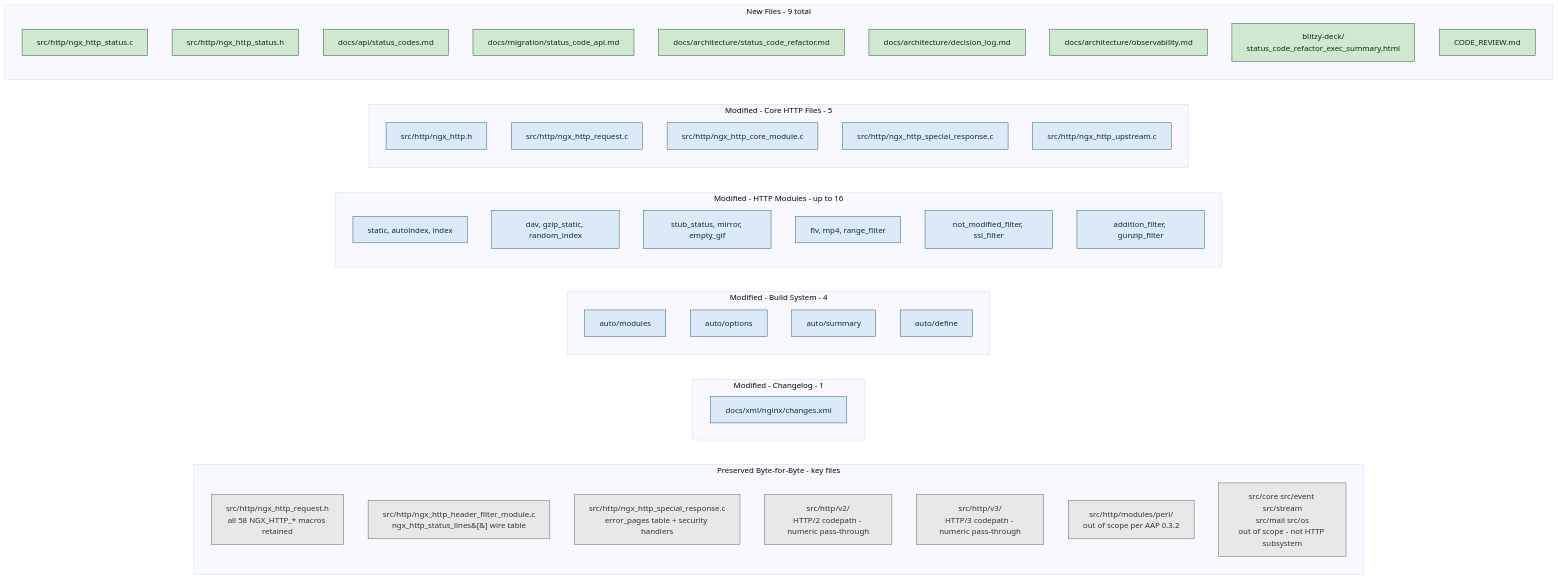
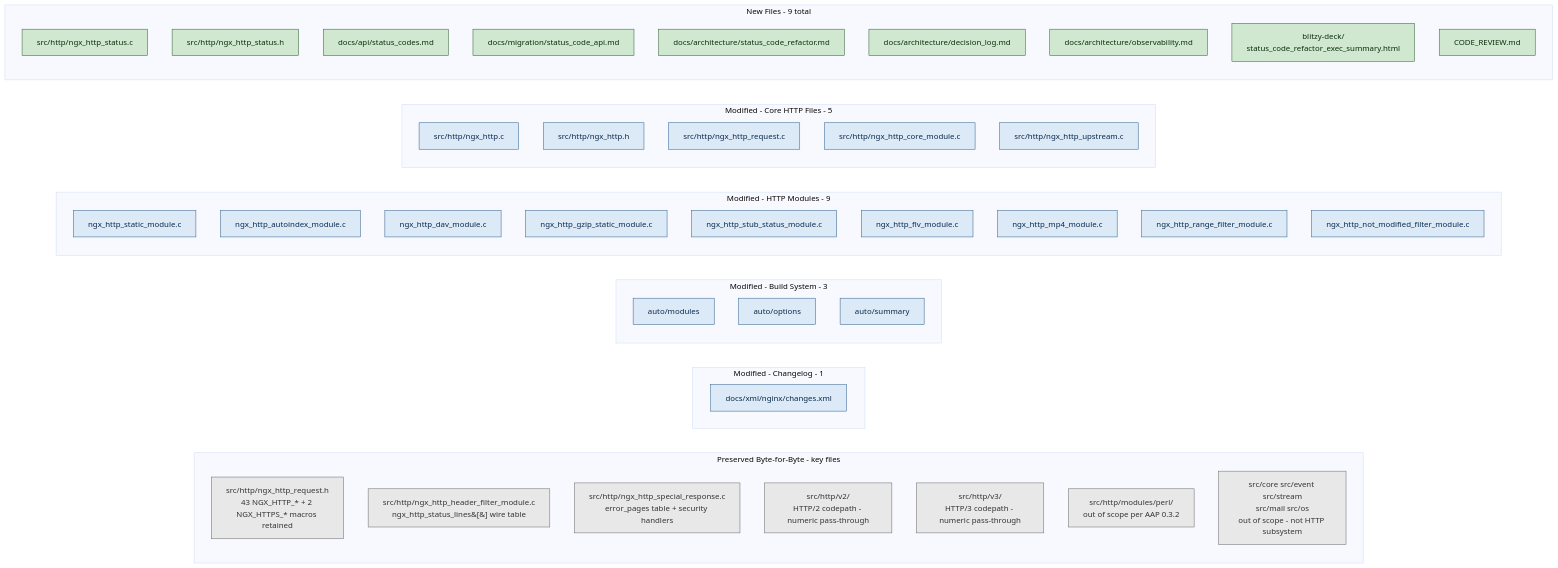
One commit to Blitzy-Sandbox/blitzy-nginx changed the fifth of 5 diagrams in docs/architecture/status_code_refactor.md. Above: the diagram before and after it, drawn with Mermaid (base theme). The commit also changed other lines of this file and 6 other files, not shown here.

````diff
--- a/docs/architecture/status_code_refactor.md
+++ b/docs/architecture/status_code_refactor.md
@@ -238,71 +238,73 @@
 ```mermaid
 graph TD
     subgraph NewFiles["New Files - 9 total"]
         direction TB
         N1["src/http/ngx_http_status.c"]
         N2["src/http/ngx_http_status.h"]
         N3["docs/api/status_codes.md"]
         N4["docs/migration/status_code_api.md"]
         N5["docs/architecture/status_code_refactor.md"]
         N6["docs/architecture/decision_log.md"]
         N7["docs/architecture/observability.md"]
         N8["blitzy-deck/<br/>status_code_refactor_exec_summary.html"]
         N9["CODE_REVIEW.md"]
     end
 
     subgraph CoreModified["Modified - Core HTTP Files - 5"]
         direction TB
-        M1["src/http/ngx_http.h"]
-        M2["src/http/ngx_http_request.c"]
-        M3["src/http/ngx_http_core_module.c"]
-        M4["src/http/ngx_http_special_response.c"]
+        M1["src/http/ngx_http.c"]
+        M2["src/http/ngx_http.h"]
+        M3["src/http/ngx_http_request.c"]
+        M4["src/http/ngx_http_core_module.c"]
         M5["src/http/ngx_http_upstream.c"]
     end
 
-    subgraph ModuleModified["Modified - HTTP Modules - up to 16"]
+    subgraph ModuleModified["Modified - HTTP Modules - 9"]
         direction TB
-        ML1["static, autoindex, index"]
-        ML2["dav, gzip_static, random_index"]
-        ML3["stub_status, mirror, empty_gif"]
-        ML4["flv, mp4, range_filter"]
-        ML5["not_modified_filter, ssi_filter"]
-        ML6["addition_filter, gunzip_filter"]
+        ML1["ngx_http_static_module.c"]
+        ML2["ngx_http_autoindex_module.c"]
+        ML3["ngx_http_dav_module.c"]
+        ML4["ngx_http_gzip_static_module.c"]
+        ML5["ngx_http_stub_status_module.c"]
+        ML6["ngx_http_flv_module.c"]
+        ML7["ngx_http_mp4_module.c"]
+        ML8["ngx_http_range_filter_module.c"]
+        ML9["ngx_http_not_modified_filter_module.c"]
     end
 
-    subgraph BuildModified["Modified - Build System - 4"]
+    subgraph BuildModified["Modified - Build System - 3"]
         direction TB
         B1["auto/modules"]
         B2["auto/options"]
         B3["auto/summary"]
-        B4["auto/define"]
     end
 
     subgraph DocsModified["Modified - Changelog - 1"]
         D1["docs/xml/nginx/changes.xml"]
     end
 
     subgraph Preserved["Preserved Byte-for-Byte - key files"]
         direction TB
-        P1["src/http/ngx_http_request.h<br/>all 58 NGX_HTTP_* macros retained"]
+        P1["src/http/ngx_http_request.h<br/>43 NGX_HTTP_* + 2 NGX_HTTPS_* macros retained"]
         P2["src/http/ngx_http_header_filter_module.c<br/>ngx_http_status_lines&#91;&#93; wire table"]
         P3["src/http/ngx_http_special_response.c<br/>error_pages table + security handlers"]
         P4["src/http/v2/<br/>HTTP/2 codepath - numeric pass-through"]
         P5["src/http/v3/<br/>HTTP/3 codepath - numeric pass-through"]
         P6["src/http/modules/perl/<br/>out of scope per AAP 0.3.2"]
         P7["src/core src/event src/stream<br/>src/mail src/os<br/>out of scope - not HTTP subsystem"]
     end
 
     %% Invisible edges to force vertical stacking of the six categorical subgraphs
     NewFiles ~~~ CoreModified
     CoreModified ~~~ ModuleModified
     ModuleModified ~~~ BuildModified
     BuildModified ~~~ DocsModified
     DocsModified ~~~ Preserved
 
     classDef newBox fill:#cfe8cf,stroke:#2d5a2d,color:#0b2e0b
     classDef modifiedBox fill:#dce9f7,stroke:#2a5a8a,color:#0b2a4a
     classDef preservedBox fill:#e8e8e8,stroke:#666666,color:#333333
     class N1,N2,N3,N4,N5,N6,N7,N8,N9 newBox
-    class M1,M2,M3,M4,M5,ML1,ML2,ML3,ML4,ML5,ML6,B1,B2,B3,B4,D1 modifiedBox
+    class M1,M2,M3,M4,M5,ML1,ML2,ML3,ML4,ML5,ML6,ML7,ML8,ML9,B1,B2,B3,D1 modifiedBox
     class P1,P2,P3,P4,P5,P6,P7 preservedBox
 ```
````
